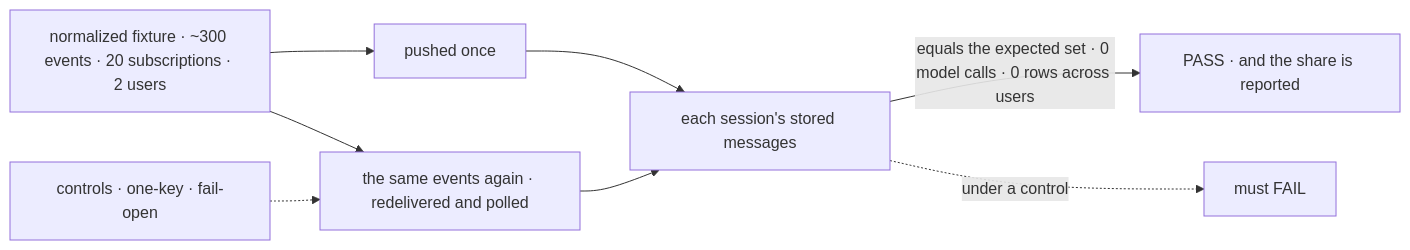
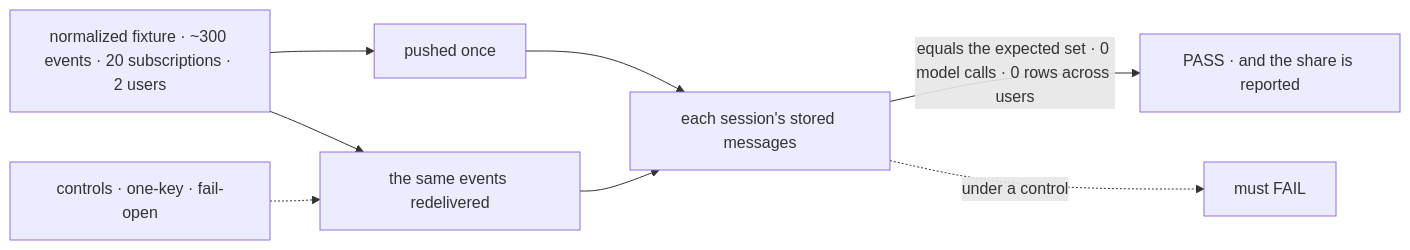
One commit to fixpoint-labs/flow-state-dev changed the first of 2 diagrams in specs/issues/FIX-2534/SPEC.md. Above: the diagram before and after it, drawn with Mermaid. The commit also changed other lines of this file and 4 other files, not shown here.

````diff
--- a/specs/issues/FIX-2534/SPEC.md
+++ b/specs/issues/FIX-2534/SPEC.md
@@ -33,10 +31,10 @@
 ```mermaid
 flowchart LR
   F["normalized fixture · ~300 events · 20 subscriptions · 2 users"] --> P1["pushed once"]
-  F --> P2["the same events again · redelivered and polled"]
+  F --> P2["the same events redelivered"]
   P1 --> S["each session's stored messages"]
   P2 --> S
   S -->|"equals the expected set · 0 model calls · 0 rows across users"| OK["PASS · and the share is reported"]
   C["controls · one-key · fail-open"] -.-> P2
   S -.->|"under a control"| X["must FAIL"]
 ```
````
